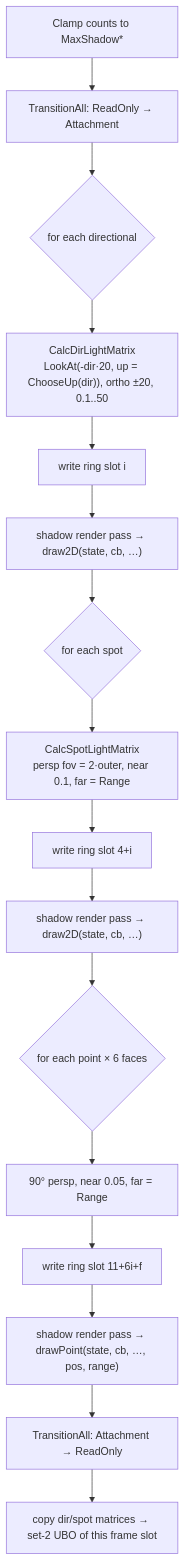
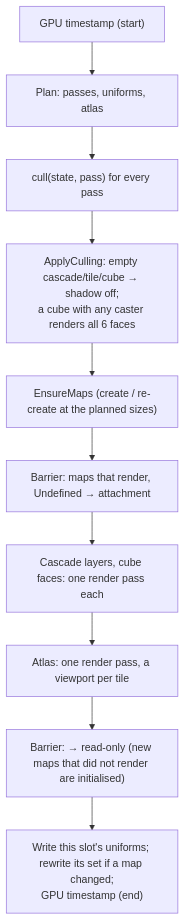
Before and after one commit to Mainframe-Games/mainframe-engine: the second of 2 diagrams in docs/design/shadow-system.md, drawn with Mermaid. The commit also changed other lines of this file and 12 other files, not shown here.

````diff
--- a/docs/design/shadow-system.md
+++ b/docs/design/shadow-system.md
@@ -156,15 +138,12 @@
 ```mermaid
 flowchart TD
-    A["Clamp counts to MaxShadow*"] --> B["TransitionAll: ReadOnly → Attachment"]
-    B --> C{"for each directional"}
-    C --> C1["CalcDirLightMatrix<br/>LookAt(-dir·20, up = ChooseUp(dir)), ortho ±20, 0.1..50"]
-    C1 --> C2["write ring slot i"] --> C3["shadow render pass → draw2D(state, cb, …)"]
-    C3 --> D{"for each spot"}
-    D --> D1["CalcSpotLightMatrix<br/>persp fov = 2·outer, near 0.1, far = Range"]
-    D1 --> D2["write ring slot 4+i"] --> D3["shadow render pass → draw2D(state, cb, …)"]
-    D3 --> E{"for each point × 6 faces"}
-    E --> E1["90° persp, near 0.05, far = Range"]
-    E1 --> E2["write ring slot 11+6i+f"] --> E3["shadow render pass → drawPoint(state, cb, …, pos, range)"]
-    E3 --> F["TransitionAll: Attachment → ReadOnly"]
-    F --> G["copy dir/spot matrices → set-2 UBO of this frame slot"]
+    A["GPU timestamp (start)"] --> B["Plan: passes, uniforms, atlas"]
+    B --> C["cull(state, pass) for every pass"]
+    C --> D["ApplyCulling: empty cascade/tile/cube → shadow off;<br/>a cube with any caster renders all 6 faces"]
+    D --> E["EnsureMaps (create / re-create at the planned sizes)"]
+    E --> F["Barrier: maps that render, Undefined → attachment"]
+    F --> G["Cascade layers, cube faces: one render pass each"]
+    G --> H["Atlas: one render pass, a viewport per tile"]
+    H --> I["Barrier: → read-only (new maps that did not render are initialised)"]
+    I --> J["Write this slot's uniforms; rewrite its set if a map changed;<br/>GPU timestamp (end)"]
 ```
````
